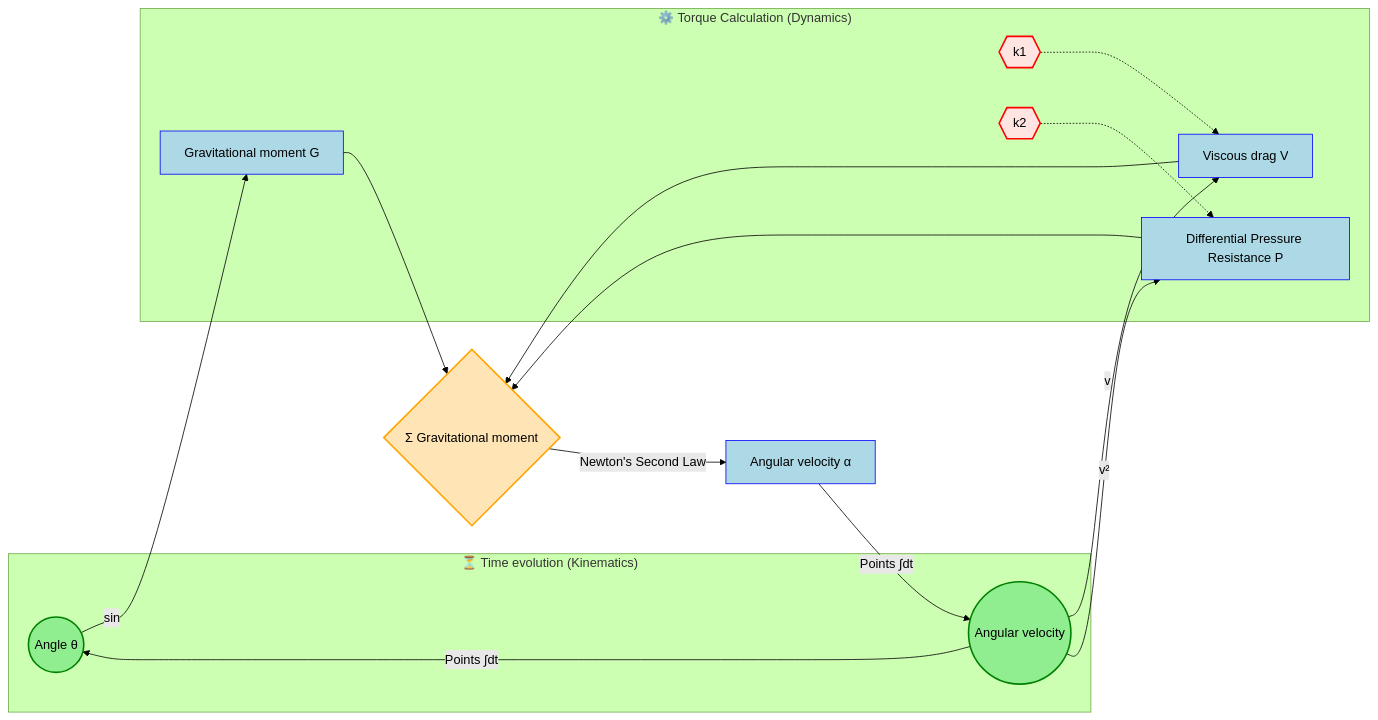
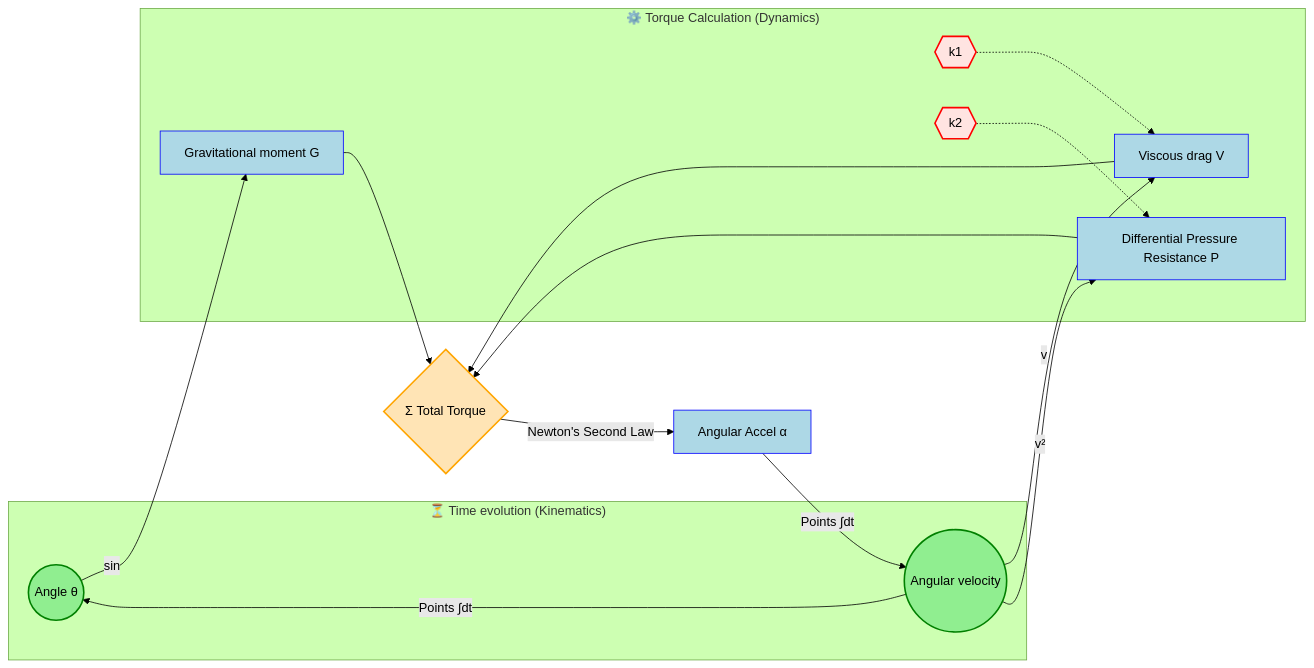
The second of 4 diagrams in README.md (ZP-FUTURE/HTPE-v2.0), drawn with Mermaid (forest theme) before and after one commit. The commit also changed other lines of this file, not shown here.

````diff
--- a/README.md
+++ b/README.md
@@ -94,36 +105,36 @@
 ```mermaid
 graph LR
     classDef state fill:lightgreen,stroke:green,stroke-width:2px,color:black;
     classDef calc fill:lightblue,stroke:blue,stroke-width:1px,color:black;
     classDef param fill:mistyrose,stroke:red,stroke-width:2px,color:black;
     classDef sum fill:moccasin,stroke:orange,stroke-width:2px,color:black;
 
     subgraph Integrator ["⏳ Time evolution (Kinematics)"]
         Theta(("Angle θ")):::state
         Omega(("Angular velocity")):::state
     end
 
     subgraph Physics ["⚙️ Torque Calculation (Dynamics)"]
         Gravity["Gravitational moment G"]:::calc
         Drag1["Viscous drag V"]:::calc
         Drag2["Differential Pressure Resistance P"]:::calc
         
         %% Parameters to be predicted
         K1{{"k1"}}:::param
         K2{{"k2"}}:::param
     end
 
     %% Signal flow
     Theta -->|sin| Gravity
     Omega -->|v| Drag1
     Omega -->|v²| Drag2
     
     K1 -.-> Drag1
     K2 -.-> Drag2
 
-    Gravity & Drag1 & Drag2 --> Sum{"Σ Gravitational moment"}:::sum
+    Gravity & Drag1 & Drag2 --> Sum{"Σ Total Torque"}:::sum
     
-    Sum -->|"Newton's Second Law"| Acc["Angular velocity α"]:::calc
+    Sum -->|"Newton's Second Law"| Acc["Angular Accel α"]:::calc
     Acc -->|"Points ∫dt"| Omega
     Omega -->|"Points ∫dt"| Theta
 ```
````
